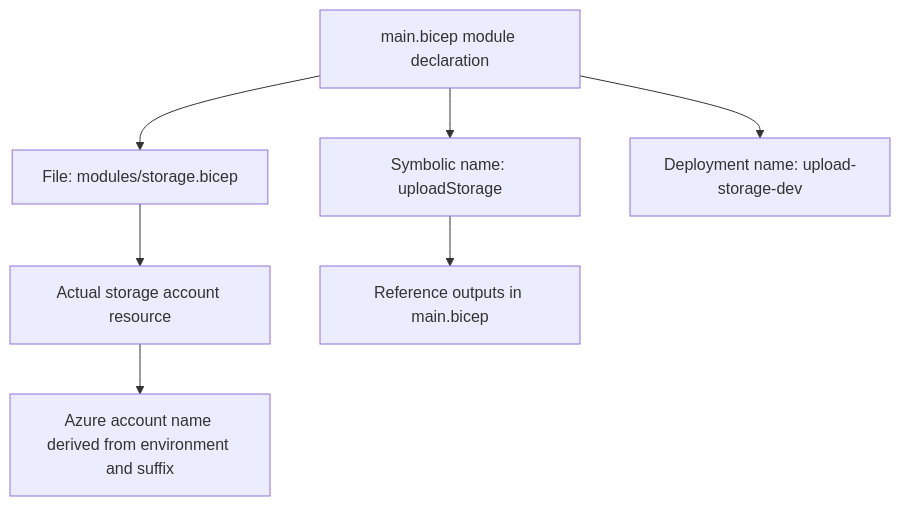
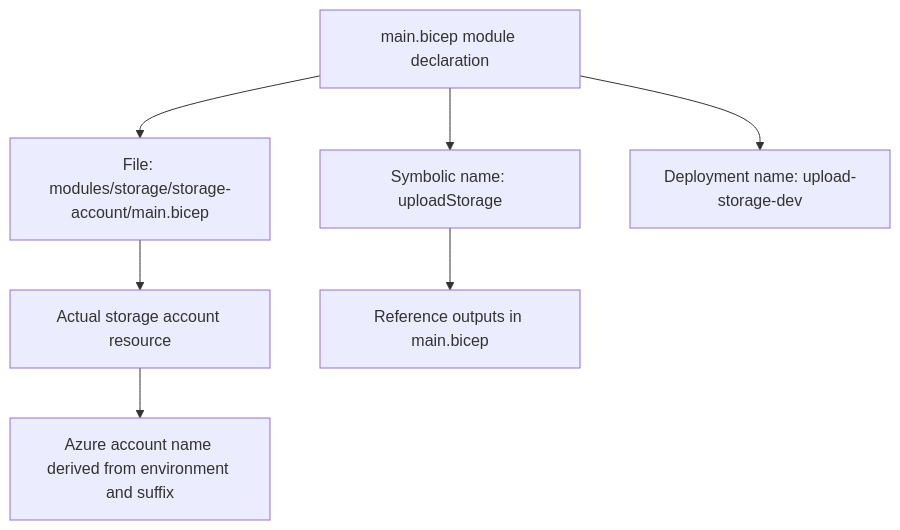
The third of 12 diagrams in docs/diagram-guide.md (Enetact/Bicep), drawn with Mermaid before and after one commit. The commit also changed other lines of this file and 75 other files, not shown here.

````diff
--- a/docs/diagram-guide.md
+++ b/docs/diagram-guide.md
@@ -43,9 +45,9 @@
 ```mermaid
 flowchart TD
     A[main.bicep module declaration] --> B[Symbolic name: uploadStorage]
-    A --> C[File: modules/storage.bicep]
+    A --> C[File: modules/storage/storage-account/main.bicep]
     A --> D[Deployment name: upload-storage-dev]
     C --> E[Actual storage account resource]
     E --> F[Azure account name derived from environment and suffix]
     B --> G[Reference outputs in main.bicep]
 ```
````
